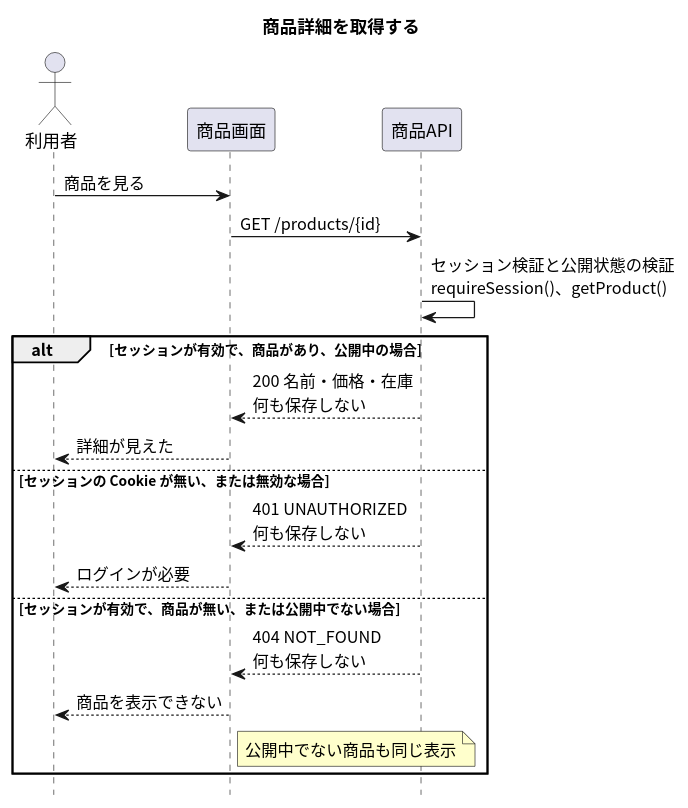
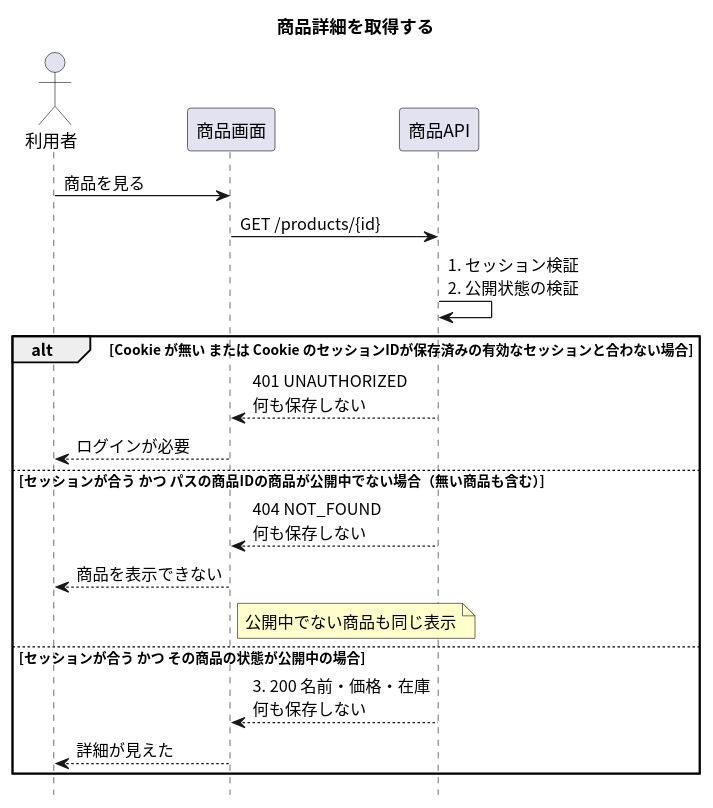
Before and after one commit to masamasamasato/design-doc-template: the diagram in apis/get-product/入口.puml, drawn with PlantUML. The commit also changed 28 other files, not shown here.

```diff
--- a/apis/get-product/入口.puml
+++ b/apis/get-product/入口.puml
@@ -1,28 +1,28 @@
 @startuml
 skinparam shadowing false
 skinparam defaultFontName "Noto Sans CJK JP"
 skinparam SequenceFontName "Noto Sans CJK JP"
 skinparam NoteBackgroundColor #FFFFCC
 hide footbox
 
 title 商品詳細を取得する
 
 actor "利用者" as User
 participant "商品画面" as Screen
 participant "商品API" as API
 
 User -> Screen : 商品を見る
 Screen -> API : GET /products/{id}
-API -> API : セッション検証と公開状態の検証\nrequireSession()、getProduct()
-alt セッションが有効で、商品があり、公開中の場合
-  API --> Screen : 200 名前・価格・在庫\n何も保存しない
-  Screen --> User : 詳細が見えた
-else セッションの Cookie が無い、または無効な場合
+API -> API : 1. セッション検証\n2. 公開状態の検証
+alt Cookie が無い または Cookie のセッションIDが保存済みの有効なセッションと合わない場合
   API --> Screen : 401 UNAUTHORIZED\n何も保存しない
   Screen --> User : ログインが必要
-else セッションが有効で、商品が無い、または公開中でない場合
+else セッションが合う かつ パスの商品IDの商品が公開中でない場合（無い商品も含む）
   API --> Screen : 404 NOT_FOUND\n何も保存しない
   Screen --> User : 商品を表示できない
   note right of Screen : 公開中でない商品も同じ表示
+else セッションが合う かつ その商品の状態が公開中の場合
+  API --> Screen : 3. 200 名前・価格・在庫\n何も保存しない
+  Screen --> User : 詳細が見えた
 end
 @enduml
```
